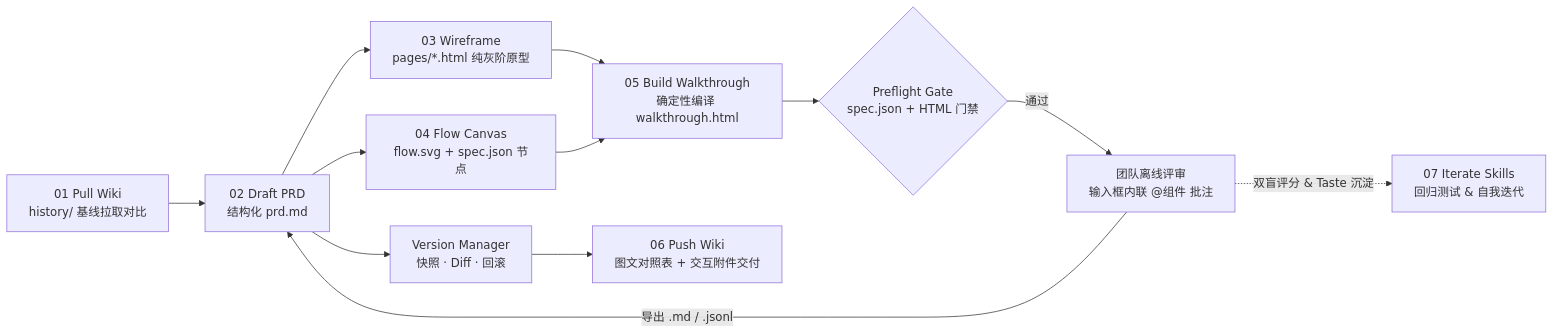
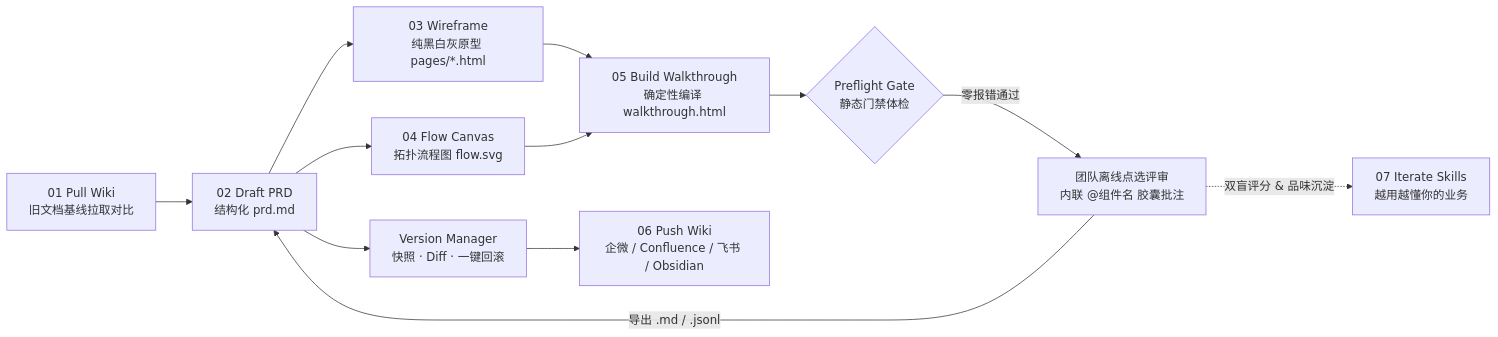
One commit to SilasSolivagus/OpenPM changed the diagram in README.md. Above: the diagram before and after it, drawn with Mermaid. The commit also changed other lines of this file and 7 other files, not shown here.

````diff
--- a/README.md
+++ b/README.md
@@ -36,14 +84,14 @@
 ```mermaid
 flowchart LR
-  W1["01 Pull Wiki<br/>history/ 基线拉取对比"] --> P["02 Draft PRD<br/>结构化 prd.md"]
-  P --> W2["03 Wireframe<br/>pages/*.html 纯灰阶原型"]
-  P --> F["04 Flow Canvas<br/>flow.svg + spec.json 节点"]
+  W1["01 Pull Wiki<br/>旧文档基线拉取对比"] --> P["02 Draft PRD<br/>结构化 prd.md"]
+  P --> W2["03 Wireframe<br/>纯黑白灰原型 pages/*.html"]
+  P --> F["04 Flow Canvas<br/>拓扑流程图 flow.svg"]
   W2 --> C["05 Build Walkthrough<br/>确定性编译 walkthrough.html"]
   F --> C
-  C --> G{"Preflight Gate<br/>spec.json + HTML 门禁"}
-  G -- 通过 --> R["团队离线评审<br/>输入框内联 @组件 批注"]
+  C --> G{"Preflight Gate<br/>静态门禁体检"}
+  G -- 零报错通过 --> R["团队离线点选评审<br/>内联 @组件名 胶囊批注"]
   R -- 导出 .md / .jsonl --> P
-  P --> V["Version Manager<br/>快照 · Diff · 回滚"]
-  V --> W3["06 Push Wiki<br/>图文对照表 + 交互附件交付"]
-  R -. 双盲评分 & Taste 沉淀 .-> I["07 Iterate Skills<br/>回归测试 & 自我迭代"]
+  P --> V["Version Manager<br/>快照 · Diff · 一键回滚"]
+  V --> W3["06 Push Wiki<br/>企微 / Confluence / 飞书 / Obsidian"]
+  R -. 双盲评分 & 品味沉淀 .-> I["07 Iterate Skills<br/>越用越懂你的业务"]
 ```
````
